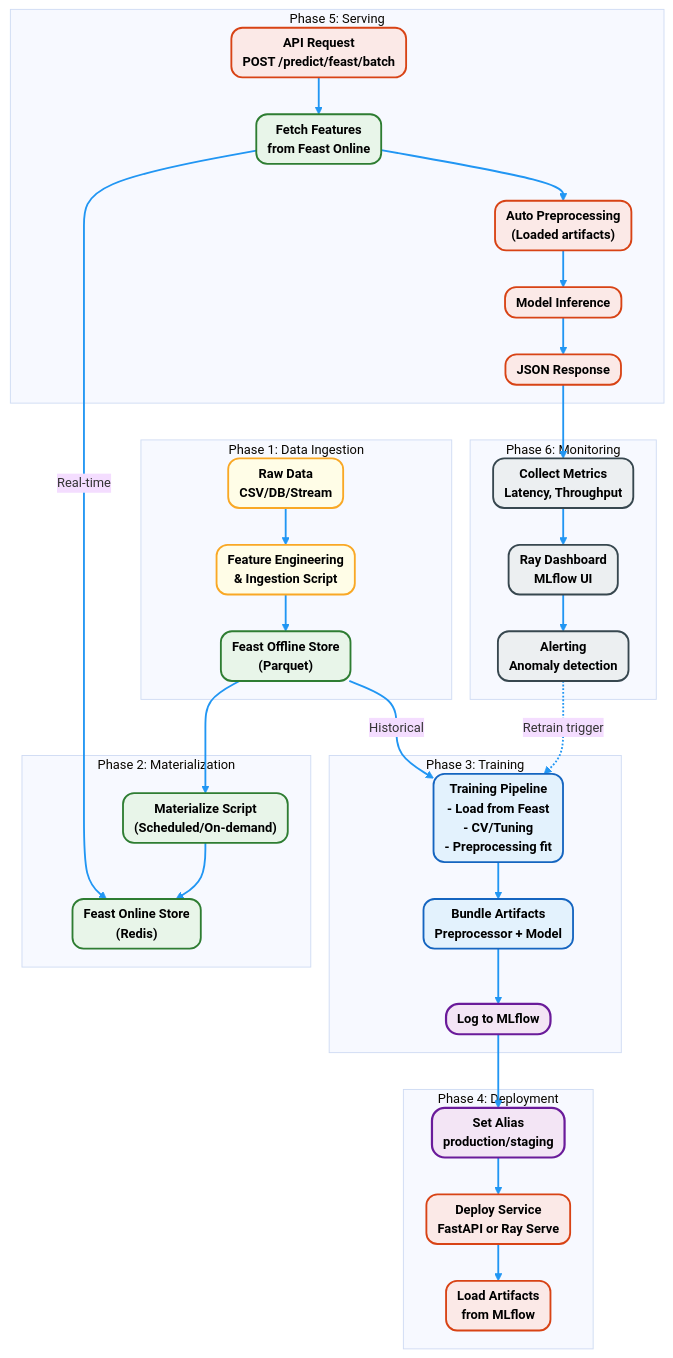
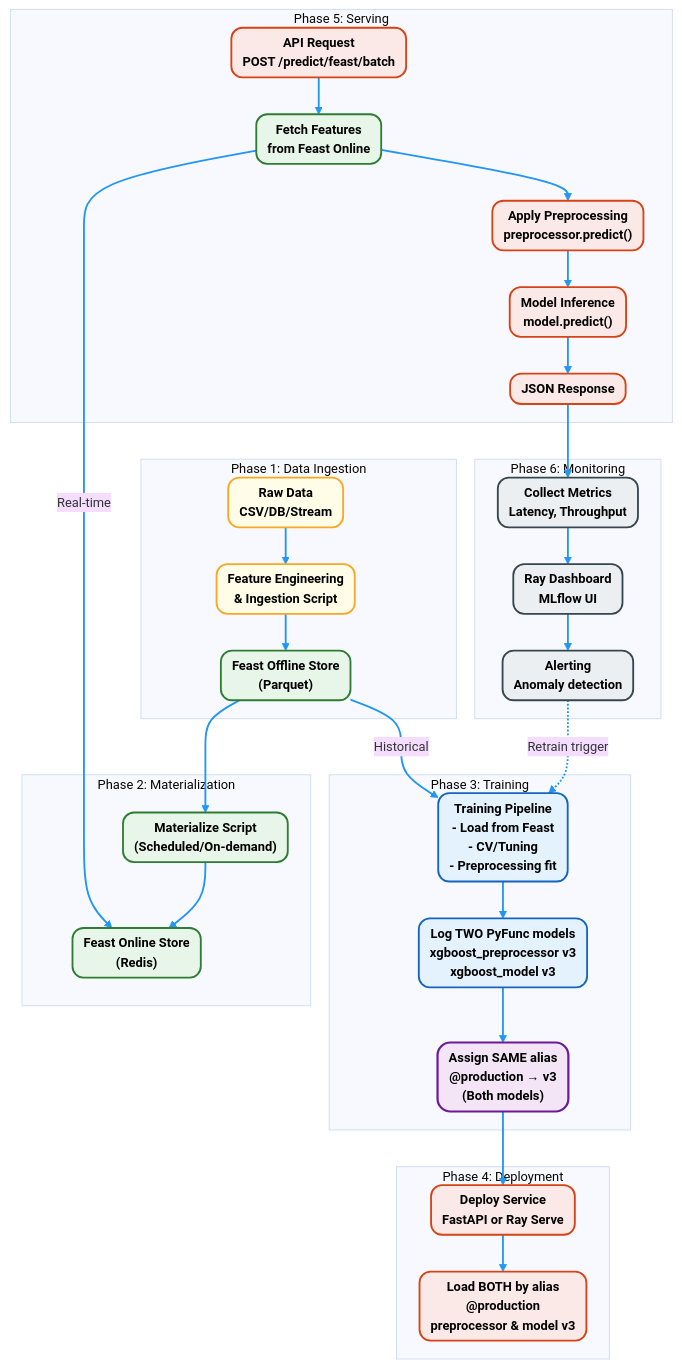
Before and after one commit to bambootran89/ml_pipeline_template: the fifth of 5 diagrams in docs/architecture.md, drawn with Mermaid. The commit also changed other lines of this file and 2 other files, not shown here.

````diff
--- a/docs/architecture.md
+++ b/docs/architecture.md
@@ -261,23 +456,22 @@
     %% Phase 3: Training
     subgraph Phase3["Phase 3: Training"]
         Pipeline["Training Pipeline<br/>- Load from Feast<br/>- CV/Tuning<br/>- Preprocessing fit"]:::training
-        Bundle["Bundle Artifacts<br/>Preprocessor + Model"]:::training
-        Log["Log to MLflow"]:::registry
+        LogBoth["Log TWO PyFunc models<br/>xgboost_preprocessor v3<br/>xgboost_model v3"]:::training
+        AssignAlias["Assign SAME alias<br/>@production → v3<br/>(Both models)"]:::registry
     end
 
     %% Phase 4: Deployment
     subgraph Phase4["Phase 4: Deployment"]
-        Alias["Set Alias<br/>production/staging"]:::registry
         Deploy["Deploy Service<br/>FastAPI or Ray Serve"]:::serving
-        Load["Load Artifacts<br/>from MLflow"]:::serving
+        LoadPair["Load BOTH by alias<br/>@production<br/>preprocessor & model v3"]:::serving
     end
 
     %% Phase 5: Serving
     subgraph Phase5["Phase 5: Serving"]
         Request["API Request<br/>POST /predict/feast/batch"]:::serving
         FetchFeast["Fetch Features<br/>from Feast Online"]:::feast
-        Preprocess["Auto Preprocessing<br/>(Loaded artifacts)"]:::serving
-        Inference["Model Inference"]:::serving
+        ApplyPrep["Apply Preprocessing<br/>preprocessor.predict()"]:::serving
+        Inference["Model Inference<br/>model.predict()"]:::serving
         Response["JSON Response"]:::serving
     end
 
@@ -288,7 +482,7 @@
         Alert["Alerting<br/>Anomaly detection"]:::monitor
     end
 
-    %% Flow connections (compact + blue edges)
+    %% Flow connections
     Raw --> Ingest
     Ingest --> FeastOff
 
@@ -296,27 +490,25 @@
     Material --> FeastOn
 
     FeastOff -->|"Historical"| Pipeline
-    Pipeline --> Bundle
-    Bundle --> Log
+    Pipeline --> LogBoth
+    LogBoth --> AssignAlias
 
-    Log --> Alias
-    Alias --> Deploy
-    Deploy --> Load
+    AssignAlias --> Deploy
+    Deploy --> LoadPair
 
     Request --> FetchFeast
     FetchFeast -->|"Real-time"| FeastOn
-    FetchFeast --> Preprocess
-    Preprocess --> Inference
+    FetchFeast --> ApplyPrep
+    ApplyPrep --> Inference
     Inference --> Response
 
     Response --> Metrics
     Metrics --> Dashboard
     Dashboard --> Alert
 
-    %% Feedback loop unchanged
+    %% Feedback loop
     Alert -.->|"Retrain trigger"| Pipeline
 
-    %% Edge styling for visibility
+    %% Edge styling
     linkStyle default stroke:#2196f3,stroke-width:2px
-
 ```
````
